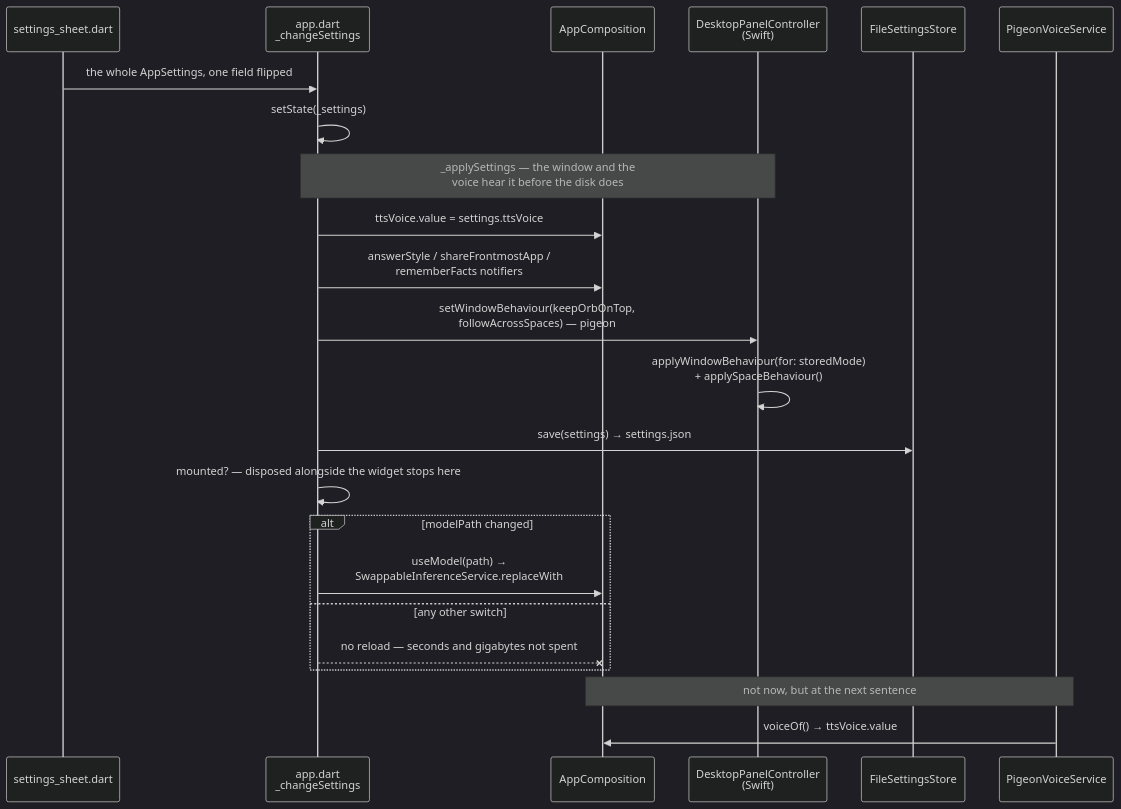
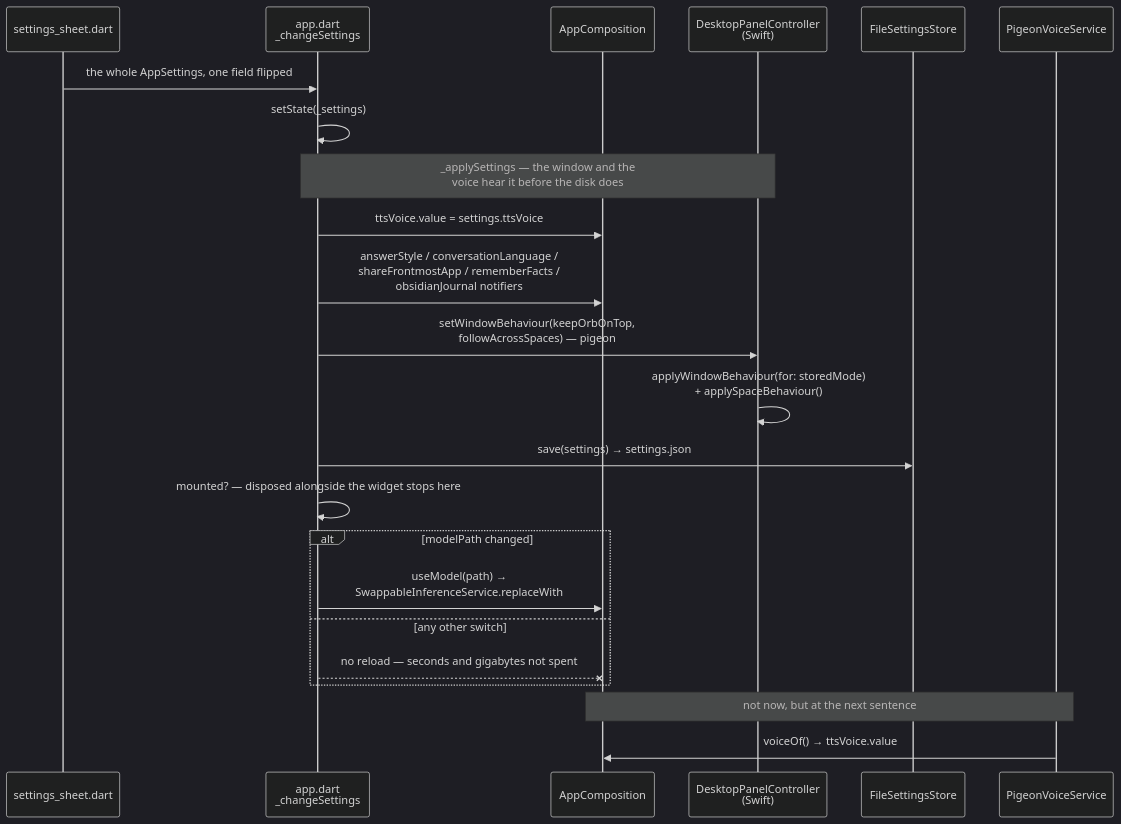
Before and after one commit to chyiiiiiiiiiiii/lulo: the diagram in docs/features/settings.md, drawn with Mermaid (dark theme). The commit also changed other lines of this file and 10 other files, not shown here.

````diff
--- a/docs/features/settings.md
+++ b/docs/features/settings.md
@@ -97,26 +139,26 @@
 ```mermaid
 sequenceDiagram
     participant Sheet as settings_sheet.dart
     participant App as app.dart<br/>_changeSettings
     participant Comp as AppComposition
     participant Panel as DesktopPanelController<br/>(Swift)
     participant Store as FileSettingsStore
     participant Voice as PigeonVoiceService
 
     Sheet->>App: the whole AppSettings, one field flipped
     App->>App: setState(_settings)
     Note over App,Panel: _applySettings — the window and the<br/>voice hear it before the disk does
     App->>Comp: ttsVoice.value = settings.ttsVoice
-    App->>Comp: answerStyle / shareFrontmostApp /<br/>rememberFacts notifiers
+    App->>Comp: answerStyle / conversationLanguage /<br/>shareFrontmostApp / rememberFacts /<br/>obsidianJournal notifiers
     App->>Panel: setWindowBehaviour(keepOrbOnTop,<br/>followAcrossSpaces) — pigeon
     Panel->>Panel: applyWindowBehaviour(for: storedMode)<br/>+ applySpaceBehaviour()
     App->>Store: save(settings) → settings.json
     App->>App: mounted? — disposed alongside the widget stops here
     alt modelPath changed
         App->>Comp: useModel(path) →<br/>SwappableInferenceService.replaceWith
     else any other switch
         App--xComp: no reload — seconds and gigabytes not spent
     end
     Note over Comp,Voice: not now, but at the next sentence
     Voice->>Comp: voiceOf() → ttsVoice.value
 ```
````
